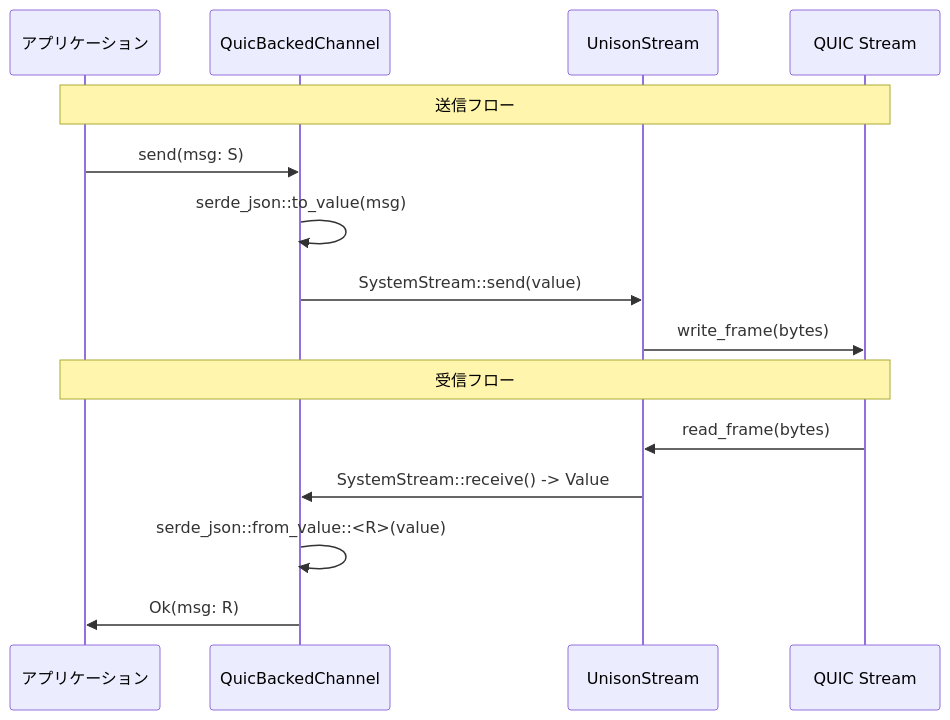
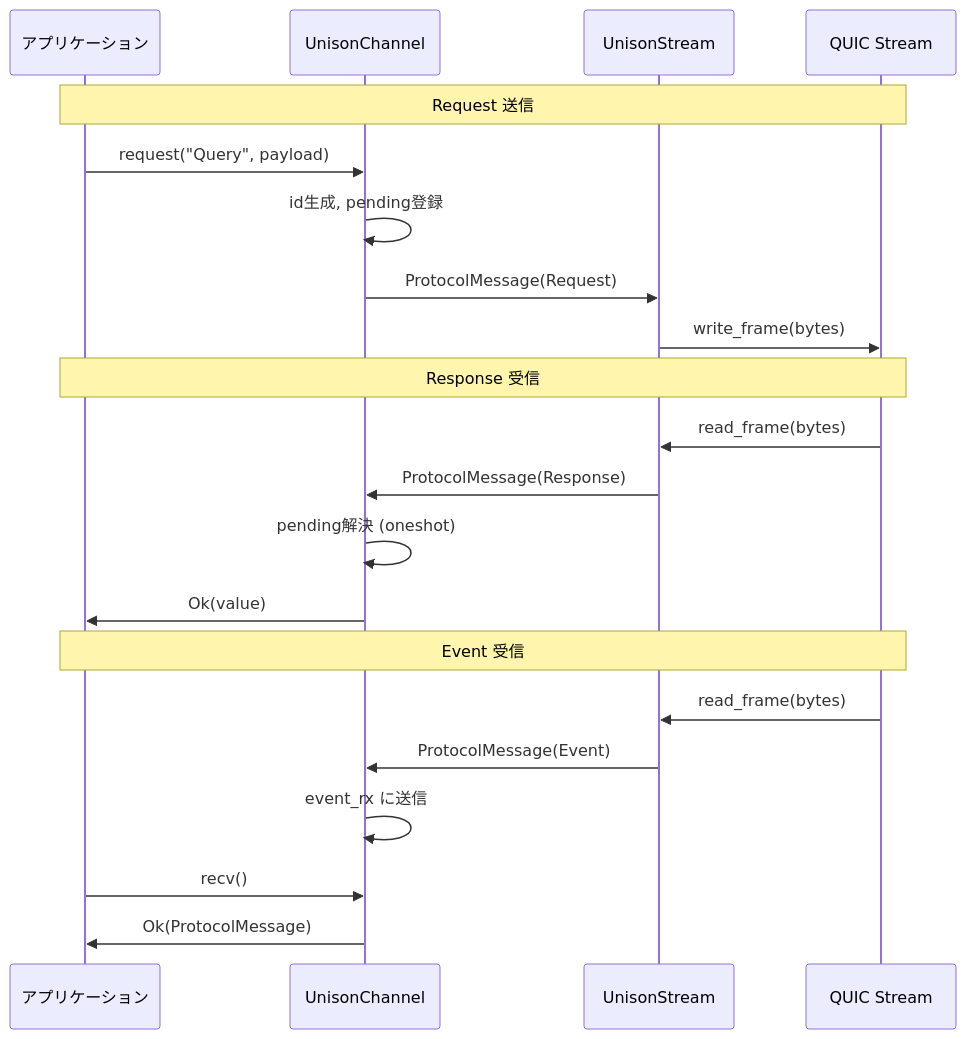
The fifth of 8 diagrams in spec/03-stream-channels/SPEC.md (chronista-club/unison), drawn with Mermaid before and after one commit. The commit also changed other lines of this file and 33 other files, not shown here.

````diff
--- a/spec/03-stream-channels/SPEC.md
+++ b/spec/03-stream-channels/SPEC.md
@@ -415,19 +393,26 @@
 ```mermaid
 sequenceDiagram
     participant App as アプリケーション
-    participant QBC as QuicBackedChannel
+    participant UC as UnisonChannel
     participant Stream as UnisonStream
     participant QUIC as QUIC Stream
 
-    Note over App,QUIC: 送信フロー
-    App->>QBC: send(msg: S)
-    QBC->>QBC: serde_json::to_value(msg)
-    QBC->>Stream: SystemStream::send(value)
+    Note over App,QUIC: Request 送信
+    App->>UC: request("Query", payload)
+    UC->>UC: id生成, pending登録
+    UC->>Stream: ProtocolMessage(Request)
     Stream->>QUIC: write_frame(bytes)
 
-    Note over App,QUIC: 受信フロー
+    Note over App,QUIC: Response 受信
     QUIC->>Stream: read_frame(bytes)
-    Stream->>QBC: SystemStream::receive() -> Value
-    QBC->>QBC: serde_json::from_value::<R>(value)
-    QBC->>App: Ok(msg: R)
+    Stream->>UC: ProtocolMessage(Response)
+    UC->>UC: pending解決 (oneshot)
+    UC->>App: Ok(value)
+
+    Note over App,QUIC: Event 受信
+    QUIC->>Stream: read_frame(bytes)
+    Stream->>UC: ProtocolMessage(Event)
+    UC->>UC: event_rx に送信
+    App->>UC: recv()
+    UC->>App: Ok(ProtocolMessage)
 ```
````
